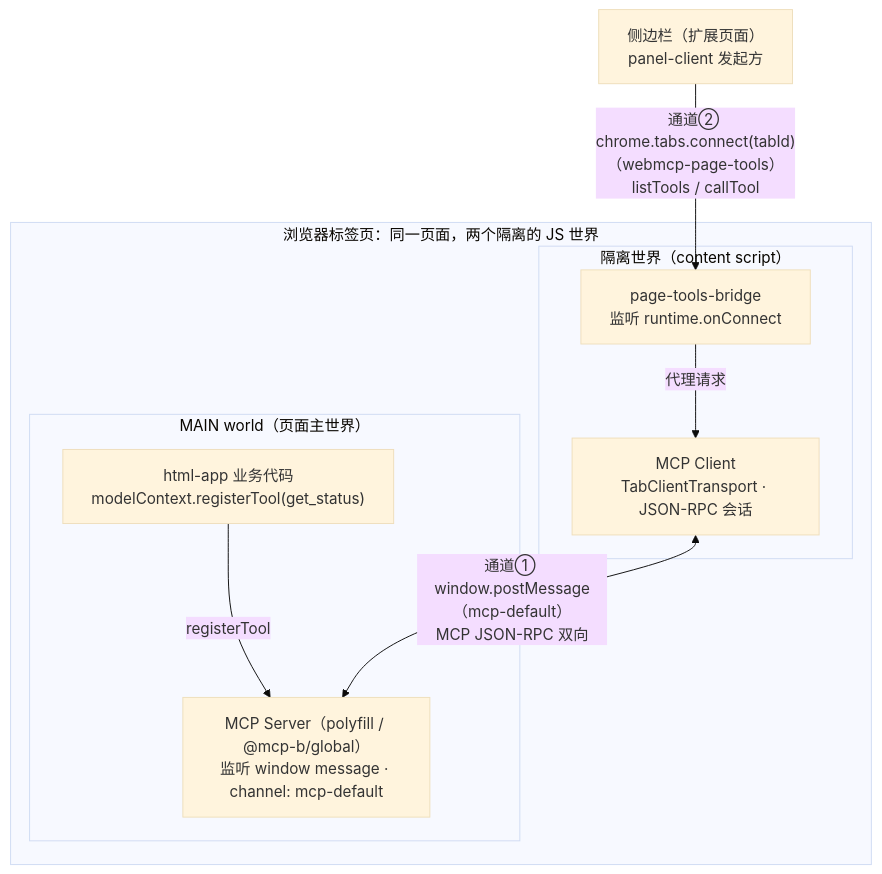
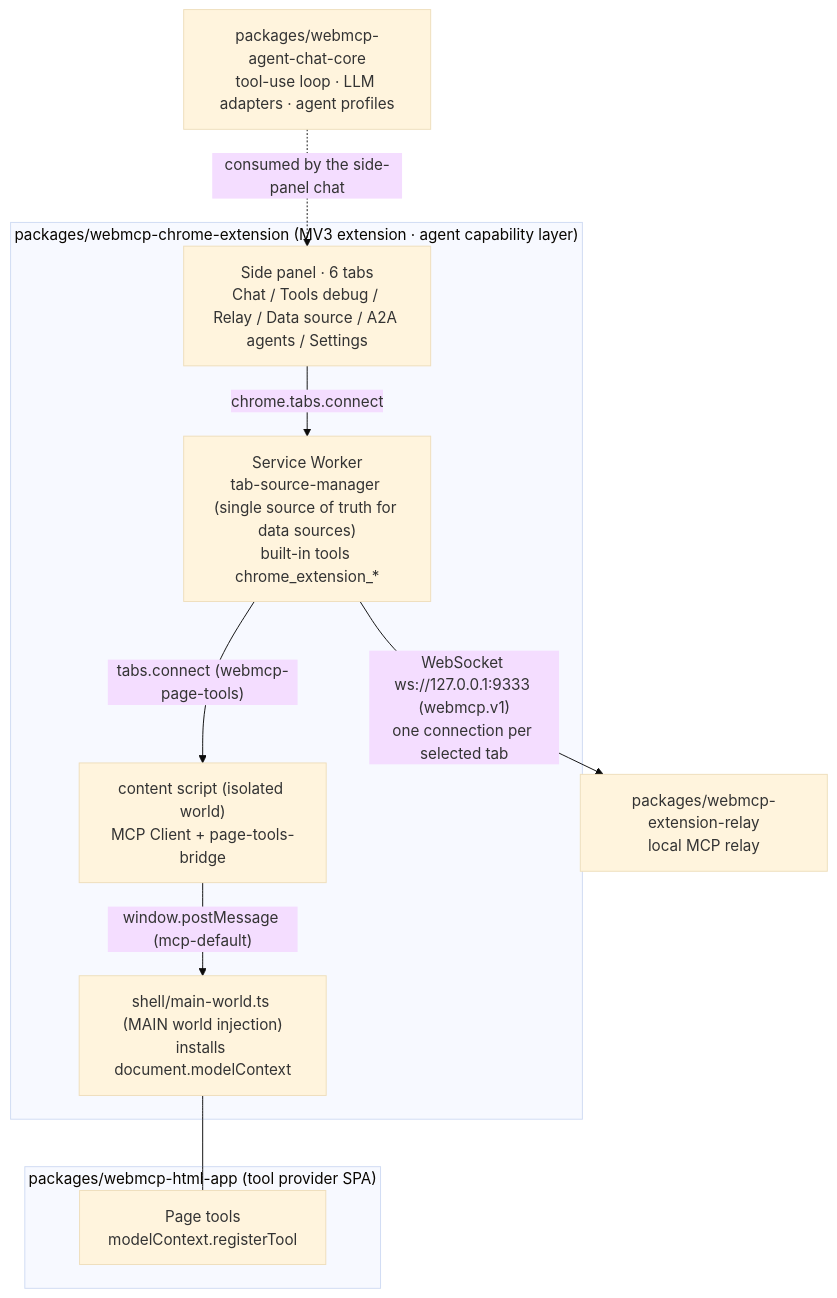
One commit to jackdizhu/webmcp-example changed the first of 3 diagrams in README.md. Above: the diagram before and after it, drawn with Mermaid (base theme). The commit also changed other lines of this file and 1 other file, not shown here.

````diff
--- a/README.md
+++ b/README.md
@@ -74,18 +45,20 @@
 ```mermaid
 flowchart TB
-    PANEL["侧边栏（扩展页面）<br/>panel-client 发起方"]
-    subgraph TAB["浏览器标签页：同一页面，两个隔离的 JS 世界"]
-        subgraph MAIN["MAIN world（页面主世界）"]
-            APP["html-app 业务代码<br/>modelContext.registerTool(get_status)"]
-            SERVER["MCP Server（polyfill / @mcp-b/global）<br/>监听 window message · channel: mcp-default"]
-        end
-        subgraph ISO["隔离世界（content script）"]
-            BRIDGE["page-tools-bridge<br/>监听 runtime.onConnect"]
-            CLIENT["MCP Client<br/>TabClientTransport · JSON-RPC 会话"]
-        end
+    subgraph EXT["packages/webmcp-chrome-extension (MV3 extension · agent capability layer)"]
+        PANEL["Side panel · 6 tabs<br/>Chat / Tools debug / Relay / Data source / A2A agents / Settings"]
+        SW["Service Worker<br/>tab-source-manager (single source of truth for data sources)<br/>built-in tools chrome_extension_*"]
+        CS["content script (isolated world)<br/>MCP Client + page-tools-bridge"]
+        MW["shell/main-world.ts (MAIN world injection)<br/>installs document.modelContext"]
+        PANEL -- "chrome.tabs.connect" --> SW
+        SW -- "tabs.connect (webmcp-page-tools)" --> CS
+        CS -- "window.postMessage (mcp-default)" --> MW
     end
-    PANEL -- "通道② chrome.tabs.connect(tabId)（webmcp-page-tools）<br/>listTools / callTool" --> BRIDGE
-    BRIDGE -- "代理请求" --> CLIENT
-    APP -- "registerTool" --> SERVER
-    CLIENT <-- "通道① window.postMessage（mcp-default）<br/>MCP JSON-RPC 双向" --> SERVER
+    subgraph APP["packages/webmcp-html-app (tool provider SPA)"]
+        TOOLS["Page tools<br/>modelContext.registerTool"]
+    end
+    MW --- TOOLS
+    CORE["packages/webmcp-agent-chat-core<br/>tool-use loop · LLM adapters · agent profiles"]
+    CORE -. "consumed by the side-panel chat" .-> PANEL
+    RELAY["packages/webmcp-extension-relay<br/>local MCP relay"]
+    SW -- "WebSocket ws://127.0.0.1:9333 (webmcp.v1)<br/>one connection per selected tab" --> RELAY
 ```
````
